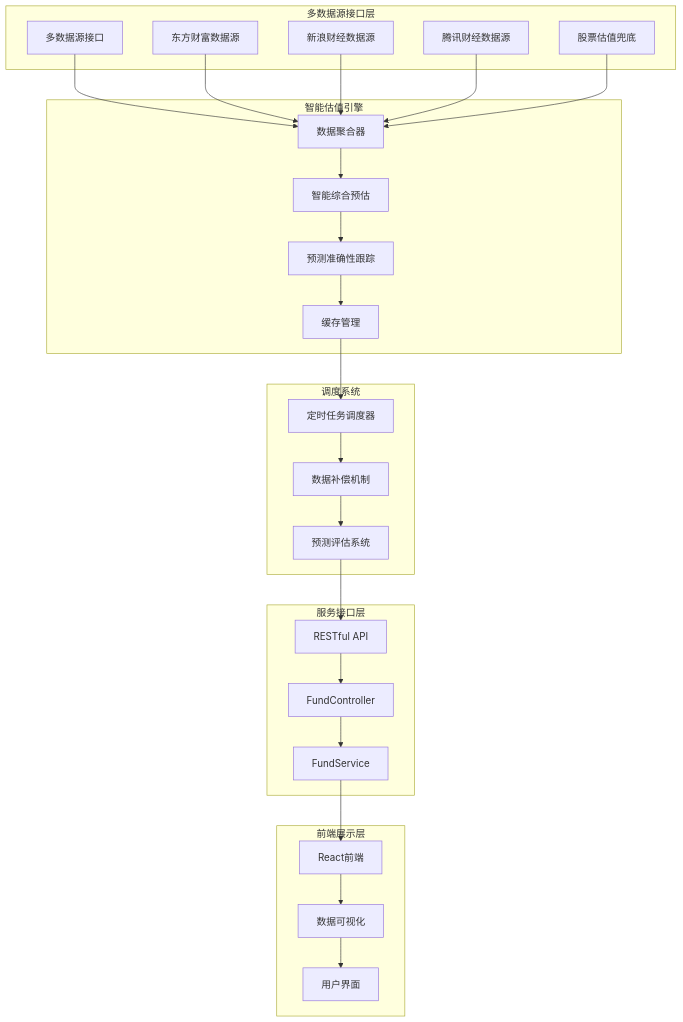
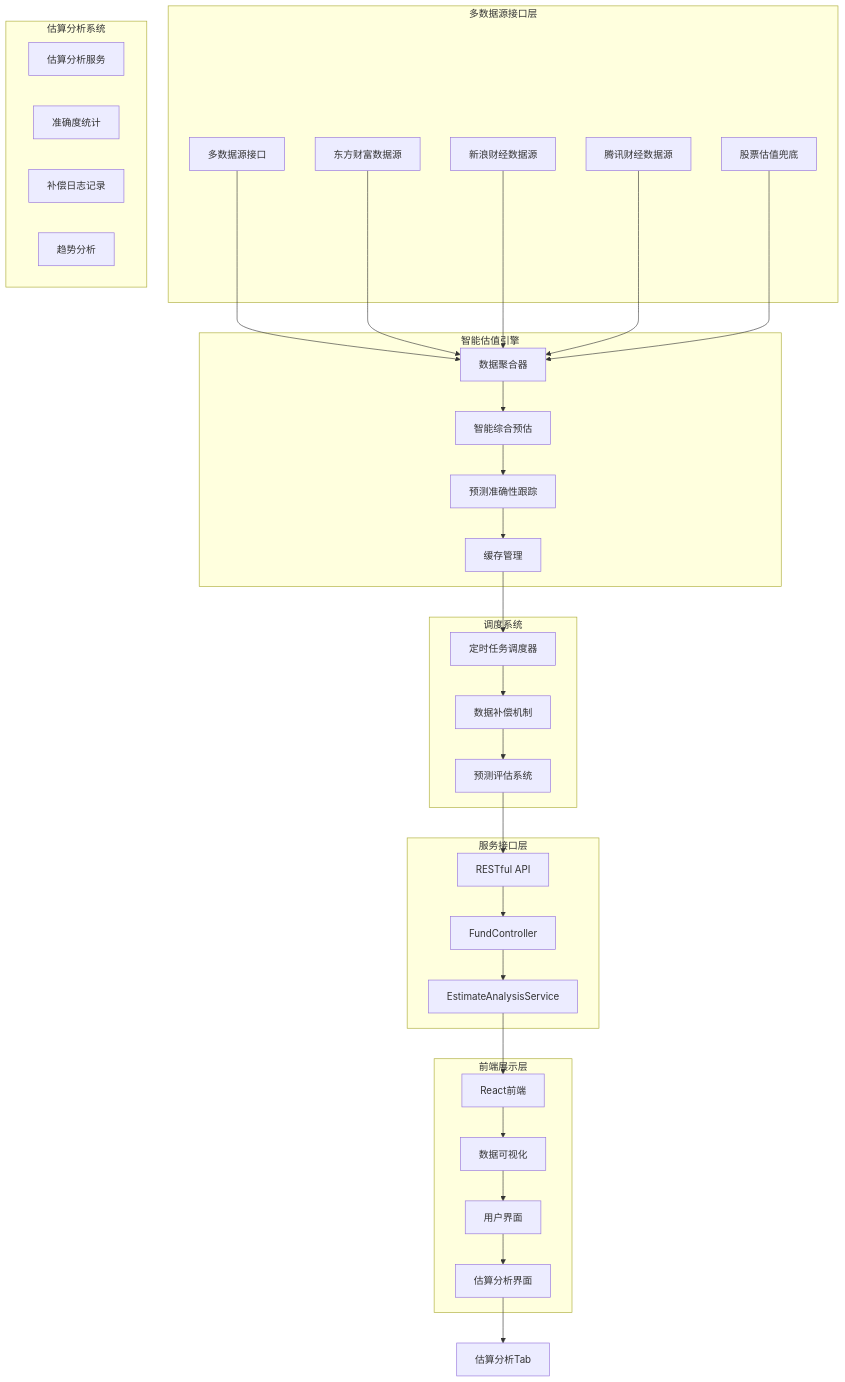
The first of 28 diagrams in .qoder/repowiki/zh/content/核心功能开发/多源基金估值系统.md (gree-coder/fund-butler), drawn with Mermaid before and after one commit. The commit also changed other lines of this file and 15 other files, not shown here.

````diff
--- a/.qoder/repowiki/zh/content/核心功能开发/多源基金估值系统.md
+++ b/.qoder/repowiki/zh/content/核心功能开发/多源基金估值系统.md
@@ -74,48 +75,57 @@
 ```mermaid
 graph TB
 subgraph "多数据源接口层"
 A[多数据源接口]
 B[东方财富数据源]
 C[新浪财经数据源]
 D[腾讯财经数据源]
 E[股票估值兜底]
 end
 subgraph "智能估值引擎"
 F[数据聚合器]
 G[智能综合预估]
 H[预测准确性跟踪]
 I[缓存管理]
 end
+subgraph "估算分析系统"
+J[估算分析服务]
+K[准确度统计]
+L[补偿日志记录]
+M[趋势分析]
+end
 subgraph "调度系统"
-J[定时任务调度器]
-K[数据补偿机制]
-L[预测评估系统]
+N[定时任务调度器]
+O[数据补偿机制]
+P[预测评估系统]
 end
 subgraph "服务接口层"
-M[RESTful API]
-N[FundController]
-O[FundService]
+Q[RESTful API]
+R[FundController]
+S[EstimateAnalysisService]
 end
 subgraph "前端展示层"
-P[React前端]
-Q[数据可视化]
-R[用户界面]
+T[React前端]
+U[数据可视化]
+V[用户界面]
+W[估算分析界面]
 end
 A --> F
 B --> F
 C --> F
 D --> F
 E --> F
 F --> G
 G --> H
 H --> I
-I --> J
-J --> K
-K --> L
-L --> M
-M --> N
+I --> N
 N --> O
 O --> P
 P --> Q
 Q --> R
+R --> S
+S --> T
+T --> U
+U --> V
+V --> W
+W --> X[估算分析Tab]
 ```
````
